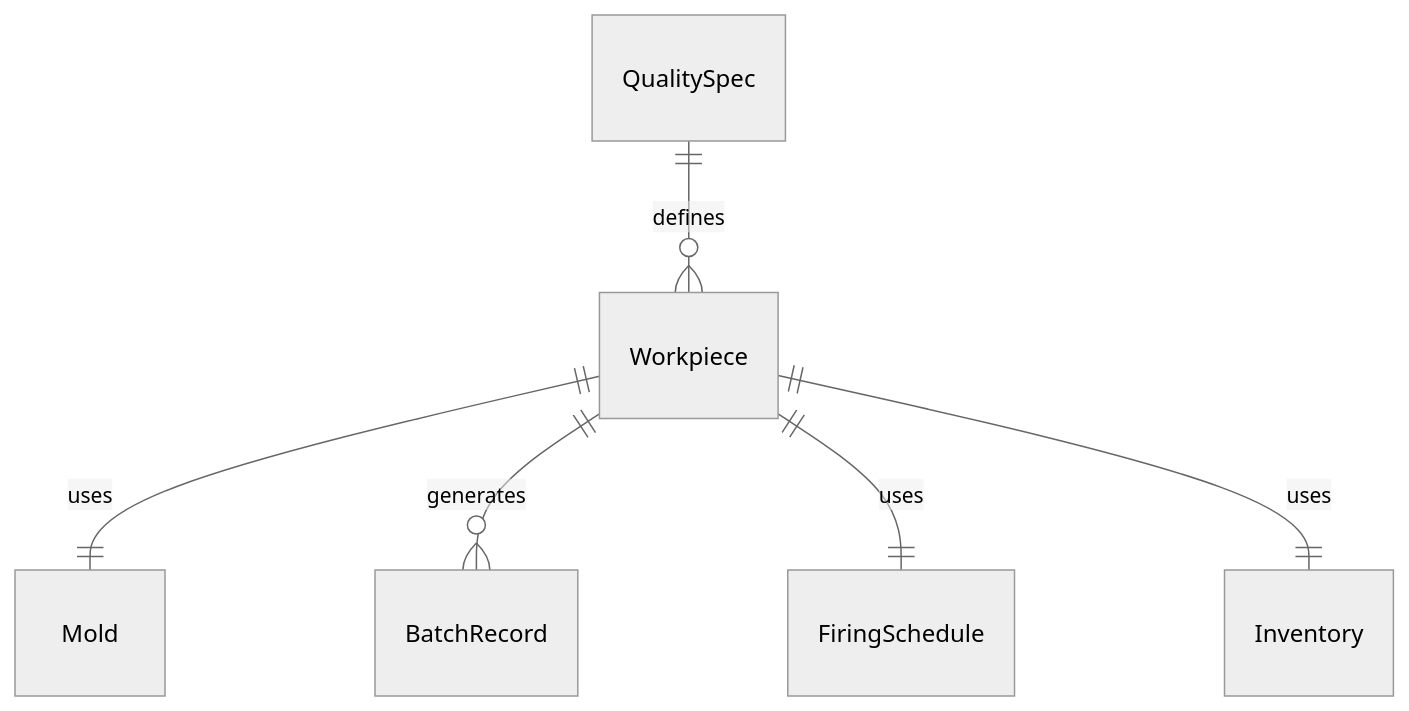
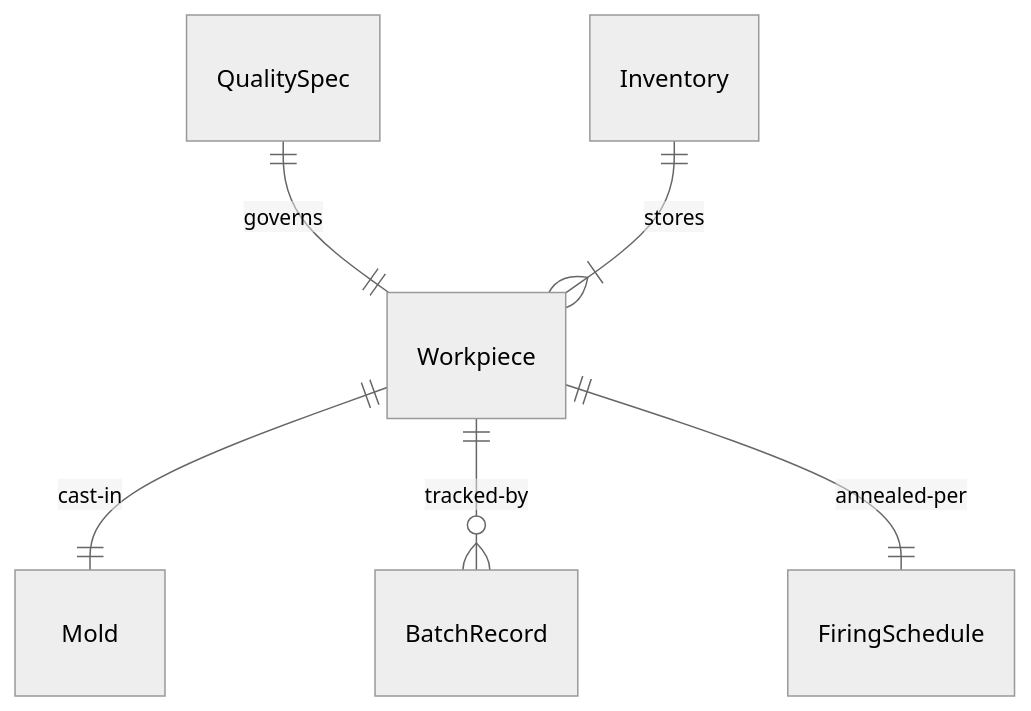
Before and after one commit to dot-org-ai/tasks.org.ai: the first of 4 diagrams in HandlingAndMovingObjects/ShapeMaterialsToCreateProducts/ShapeGlassSimilarMaterials.mdx, drawn with Mermaid (neutral theme). The commit also changed other lines of this file and 515 other files, not shown here.

````diff
--- a/HandlingAndMovingObjects/ShapeMaterialsToCreateProducts/ShapeGlassSimilarMaterials.mdx
+++ b/HandlingAndMovingObjects/ShapeMaterialsToCreateProducts/ShapeGlassSimilarMaterials.mdx
@@ -88,8 +88,8 @@
 ```mermaid
 erDiagram
-    Workpiece ||--|| Mold : "uses"
-    Workpiece ||--o{ BatchRecord : "generates"
-    QualitySpec ||--o{ Workpiece : "defines"
-    Workpiece ||--|| FiringSchedule : "uses"
-    Workpiece ||--|| Inventory : "uses"
+    Workpiece ||--|| Mold : "cast-in"
+    Workpiece ||--o{ BatchRecord : "tracked-by"
+    QualitySpec ||--|| Workpiece : "governs"
+    Workpiece ||--|| FiringSchedule : "annealed-per"
+    Inventory ||--|{ Workpiece : "stores"
 ```
````
